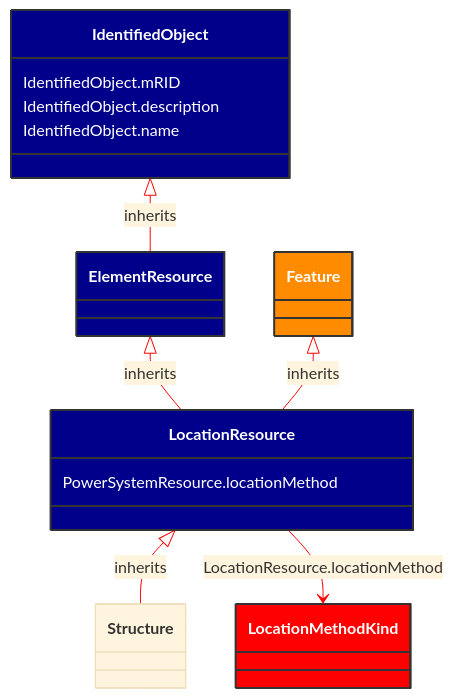
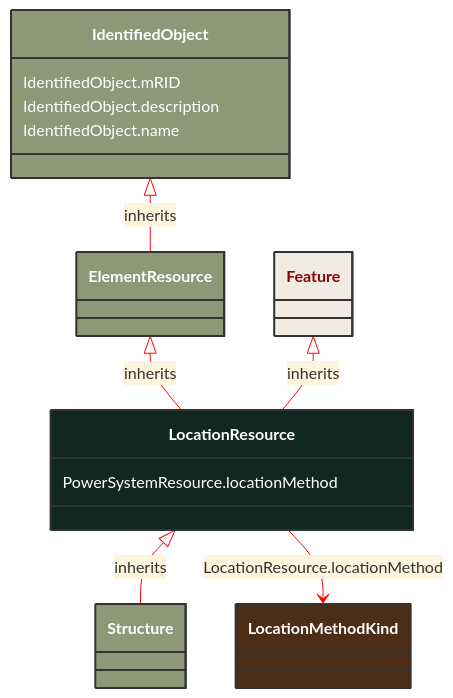
One commit to 3lbits/NoCIMExtensions changed the diagram in docs/Models/Profiles/AviationObstacle/AbstractClasses/LocationResource.md. Above: the diagram before and after it, drawn with Mermaid. The commit also changed 190 other files, not shown here.

````diff
--- a/docs/Models/Profiles/AviationObstacle/AbstractClasses/LocationResource.md
+++ b/docs/Models/Profiles/AviationObstacle/AbstractClasses/LocationResource.md
@@ -10,39 +10,37 @@
 ```mermaid
 %%{init: {'theme':'base','themeVariables': {'lineColor': '#FF0000'}}}%%
 classDiagram
     class LocationResource
     click LocationResource href "/Models/Profiles/AviationObstacle/AbstractClasses/LocationResource/"
-    style LocationResource fill:#006400,stroke:#333,stroke-width:2px,rx:10,ry:10,color:white
+    style LocationResource fill:#102820,stroke:#333,stroke-width:2px,rx:10,ry:10,color:white
 
         LocationResource <|-- Structure : inherits
-            click LocationResource href "/Models/Profiles/AviationObstacle/AbstractClasses/LocationResource/"
-            style LocationResource fill:#00008B,stroke:#333,stroke-width:2px,rx:10,ry:10,color:white
 
         Structure
             click Structure href "/Models/Profiles/AviationObstacle/AbstractClasses/Structure/"
-            style LocationResource fill:#00008B,stroke:#333,stroke-width:2px,rx:10,ry:10,color:white
-
+            style Structure fill:#8F9779,stroke:#333,stroke-width:2px,rx:10,ry:10,color:white
+     
         ElementResource <|-- LocationResource : inherits
             click ElementResource href "/Models/Profiles/AviationObstacle/AbstractClasses/ElementResource/"
-            style ElementResource fill:#00008B,stroke:#333,stroke-width:2px,rx:10,ry:10,color:white
-
+            style ElementResource fill:#8F9779,stroke:#333,stroke-width:2px,rx:10,ry:10,color:white
+     
         IdentifiedObject <|-- ElementResource : inherits
             click IdentifiedObject href "/Models/Profiles/AviationObstacle/AbstractClasses/IdentifiedObject/"
-            style IdentifiedObject fill:#00008B,stroke:#333,stroke-width:2px,rx:10,ry:10,color:white
+            style IdentifiedObject fill:#8F9779,stroke:#333,stroke-width:2px,rx:10,ry:10,color:white
 
         Feature <|-- LocationResource : inherits
             click Feature href "/Models/Profiles/AviationObstacle/ConcreteClasses/Feature/"
-            style Feature fill:#FF8C00,stroke:#333,stroke-width:2px,rx:10,ry:10,color:white
+            style Feature fill:#F2EBE2,stroke:#333,stroke-width:2px,rx:10,ry:10,color:#8A0303
 
 
         LocationResource --> LocationMethodKind : LocationResource.locationMethod
 
         LocationMethodKind
             click LocationMethodKind href "/Models/Profiles/AviationObstacle/Enumerations/LocationMethodKind/"
-            style LocationMethodKind fill:#FF0000,stroke:#333,stroke-width:2px,rx:10,ry:10,color:white
+            style LocationMethodKind fill:#4D2D18,stroke:#333,stroke-width:2px,rx:10,ry:10,color:white
 
         LocationResource : PowerSystemResource.locationMethod
         IdentifiedObject : IdentifiedObject.mRID
         IdentifiedObject : IdentifiedObject.description
         IdentifiedObject : IdentifiedObject.name
 ```
````
